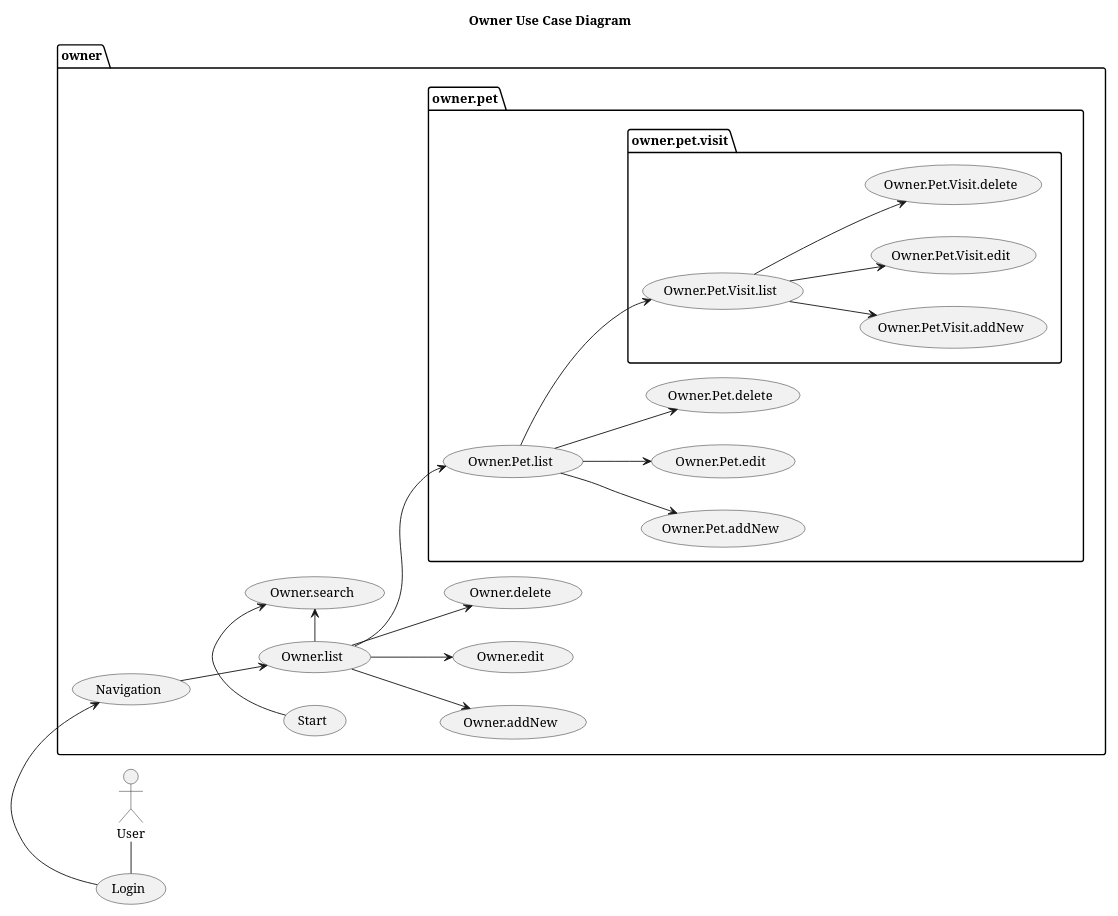
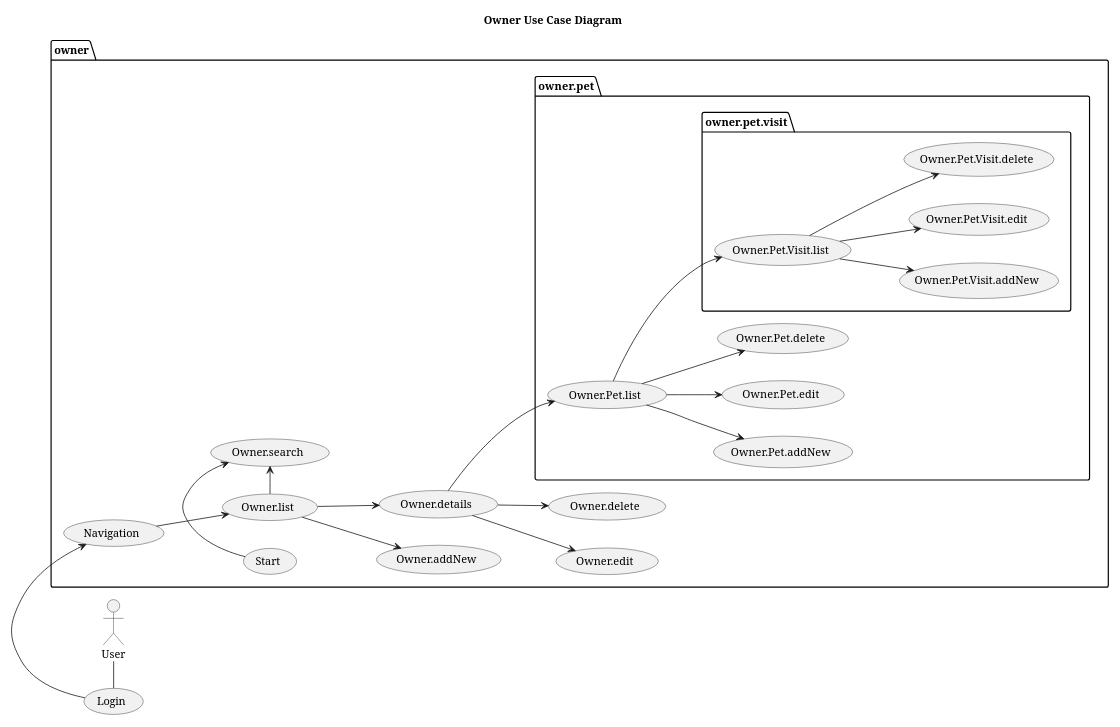
The diagram in puml/owner/concept/Owner__UseCases.puml (Jakarta-EE-Petclinic/petclinic-uml), drawn with PlantUML before and after one commit.

```diff
--- a/puml/owner/concept/Owner__UseCases.puml
+++ b/puml/owner/concept/Owner__UseCases.puml
@@ -1,34 +1,35 @@
 @startuml
 
 title Owner Use Case Diagram
 
 'https://plantuml.com/use-case-diagram
 
 left to right direction
 'top to bottom direction
 
 scale 1000 width
 
 User - (Login)
 package owner {
     (Login) -> (Navigation)
+    (Start) -> (Owner.search)
     (Navigation) --> (Owner.list)
-    (Start) -> (Owner.search)
     (Owner.list) -> (Owner.search)
     (Owner.list) --> (Owner.addNew)
-    (Owner.list) --> (Owner.edit)
-    (Owner.list) --> (Owner.delete)
+    (Owner.list) --> (Owner.details)
+    (Owner.details) --> (Owner.edit)
+    (Owner.details) --> (Owner.delete)
     package owner.pet {
-        (Owner.list) --> (Owner.Pet.list)
+        (Owner.details) --> (Owner.Pet.list)
         (Owner.Pet.list) --> (Owner.Pet.addNew)
         (Owner.Pet.list) --> (Owner.Pet.edit)
         (Owner.Pet.list) --> (Owner.Pet.delete)
          package owner.pet.visit {
             (Owner.Pet.list) --> (Owner.Pet.Visit.list)
             (Owner.Pet.Visit.list) --> (Owner.Pet.Visit.addNew)
             (Owner.Pet.Visit.list) --> (Owner.Pet.Visit.edit)
             (Owner.Pet.Visit.list) --> (Owner.Pet.Visit.delete)
         }
     }
 }
 @enduml
```
